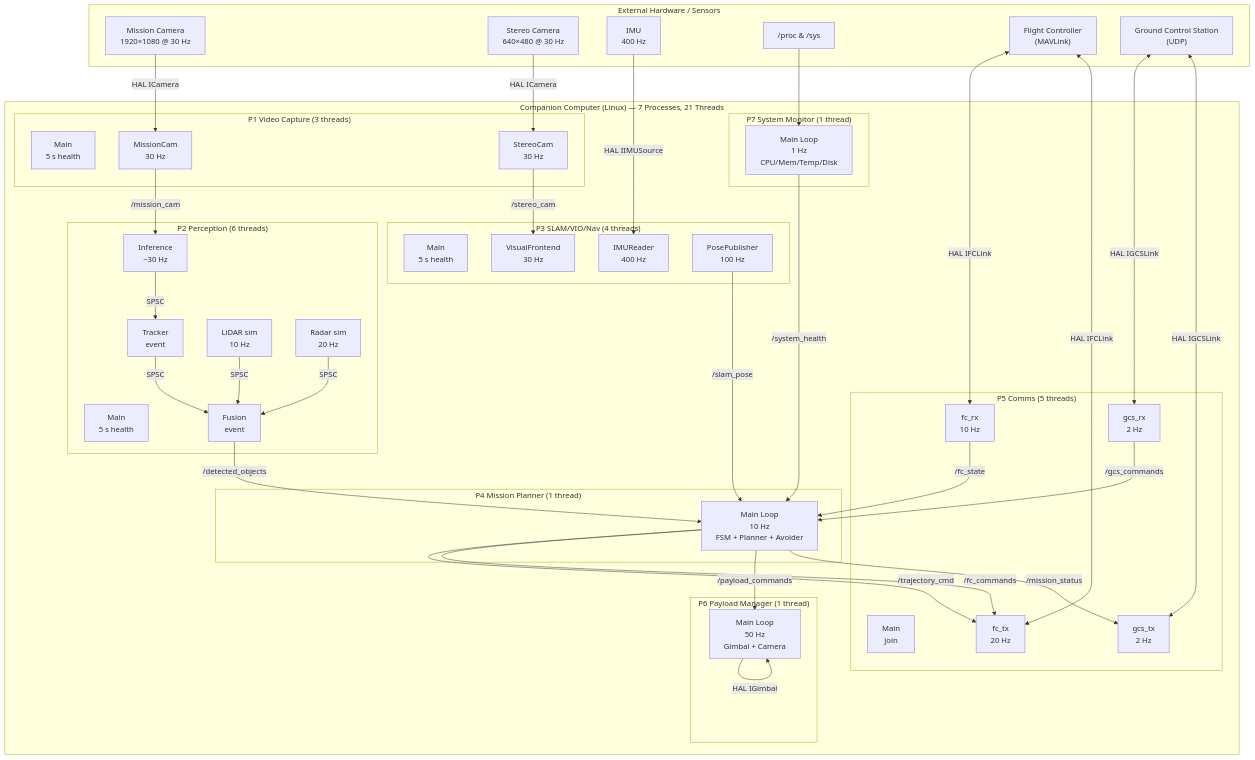
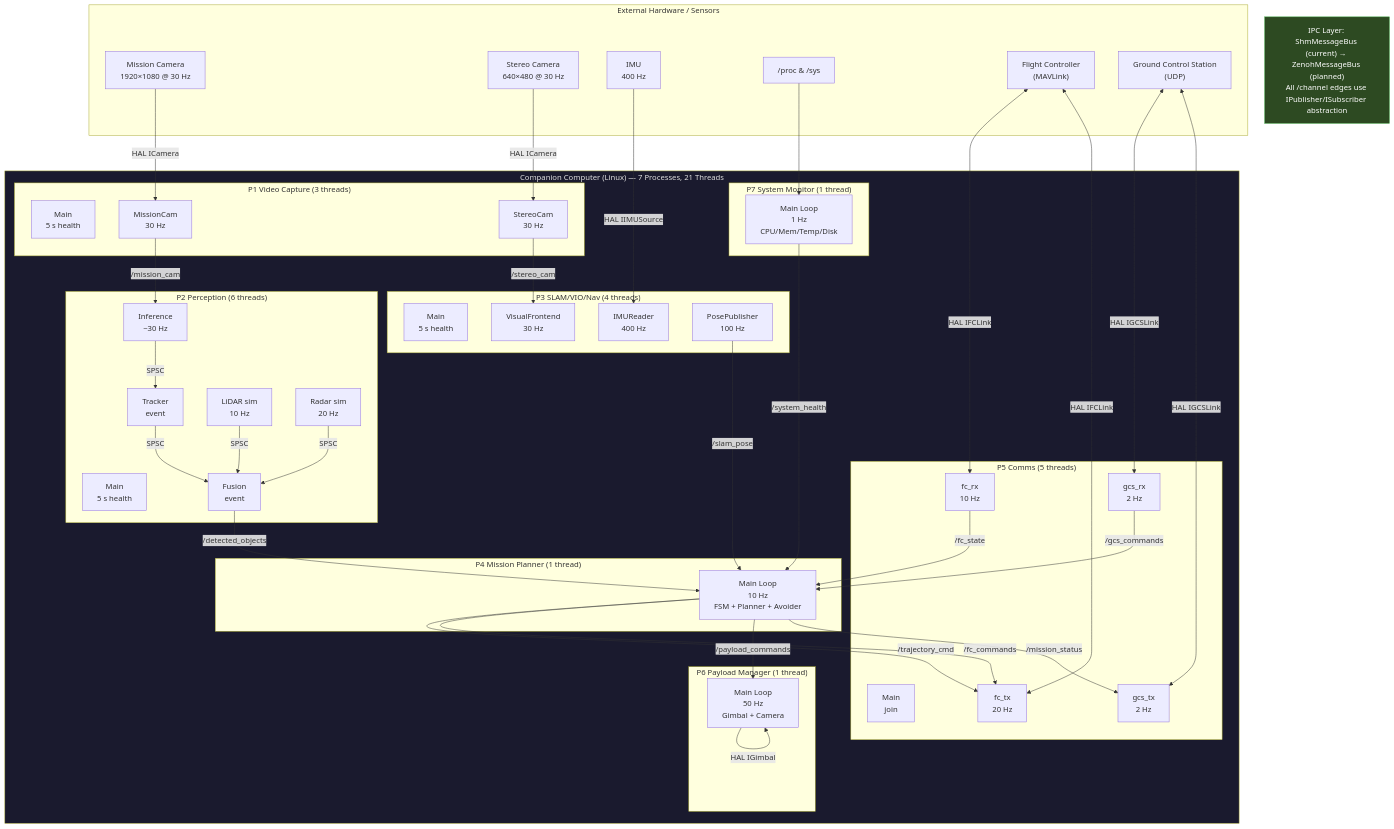
The first of 8 diagrams in README.md (nmohamaya/companion_software_stack), drawn with Mermaid before and after one commit. The commit also changed other lines of this file and 1 other file, not shown here.

````diff
--- a/README.md
+++ b/README.md
@@ -87,4 +89,8 @@
     P4_main -->|"/payload_commands"| P6_main
     P4_main -->|"/mission_status"| P5_gcstx
     P6_main -->|HAL IGimbal| P6_main
+
+    style CC fill:#1a1a2e,color:#e0e0e0
+    classDef ipcNote fill:#2d4a22,stroke:#4caf50,color:#fff
+    IPC_NOTE["IPC Layer: ShmMessageBus (current) → ZenohMessageBus (planned)<br/>All /channel edges use IPublisher/ISubscriber abstraction"]:::ipcNote
 ```
````
